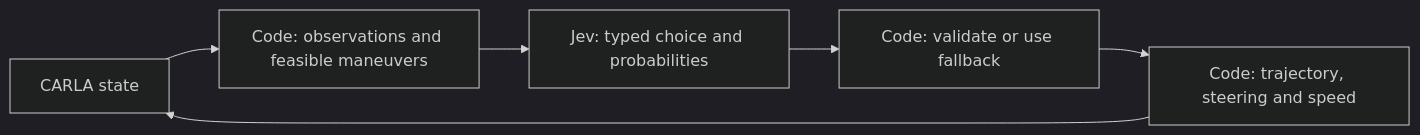
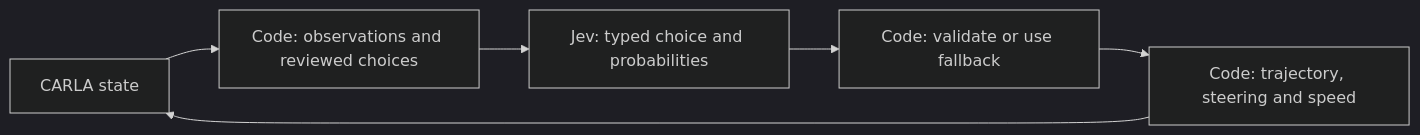
The first of 2 diagrams in README.md (sidkolapalli/carla-agentic-toolkit), drawn with Mermaid (dark theme) before and after one commit. The commit also changed other lines of this file and 38 other files, not shown here.

````diff
--- a/README.md
+++ b/README.md
@@ -84,8 +84,8 @@
 ```mermaid
 flowchart LR
-    A[CARLA state] --> B[Code: observations and feasible maneuvers]
+    A[CARLA state] --> B[Code: observations and reviewed choices]
     B --> C[Jev: typed choice and probabilities]
     C --> D[Code: validate or use fallback]
     D --> E[Code: trajectory, steering and speed]
     E --> A
 ```
````
